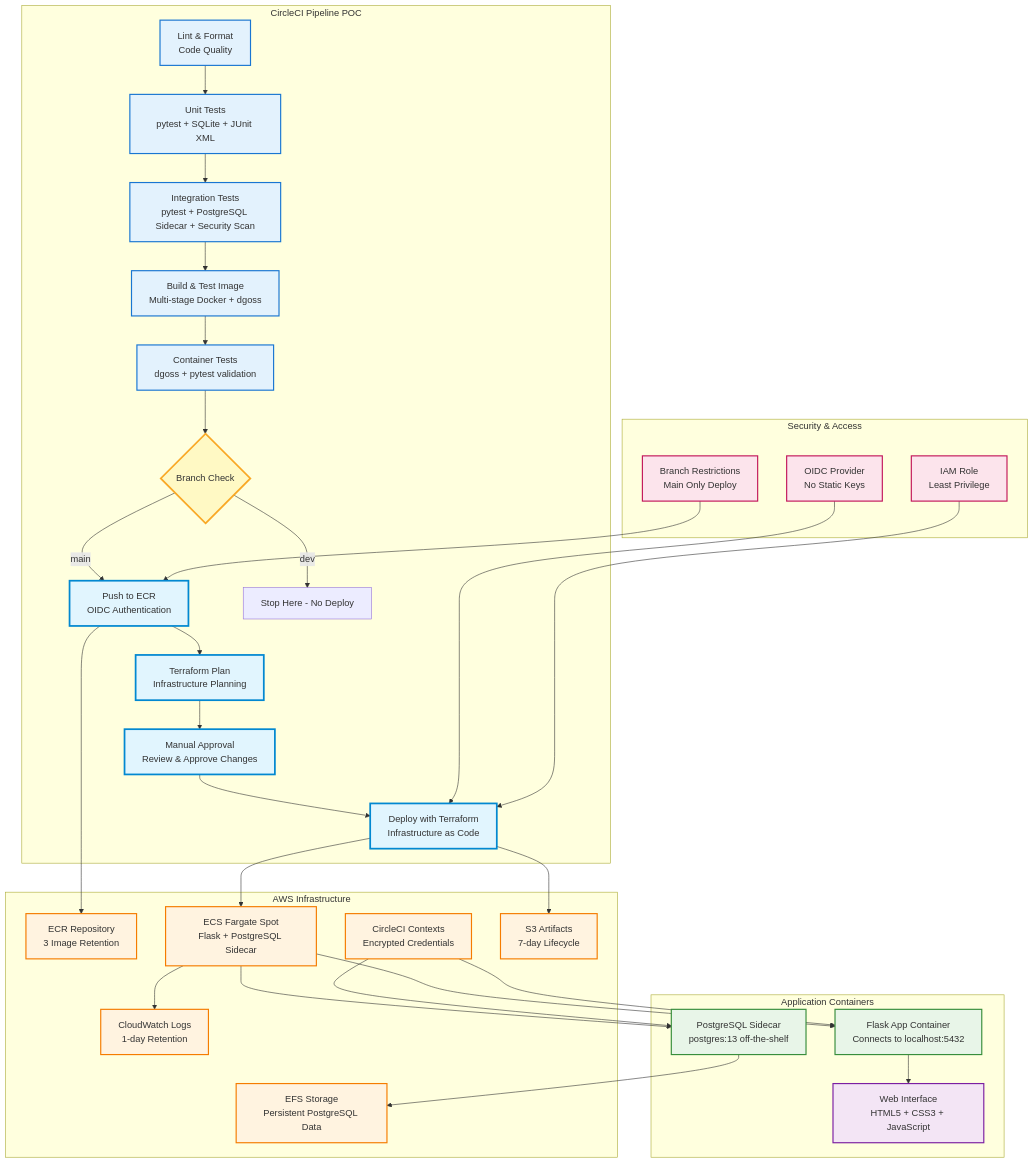
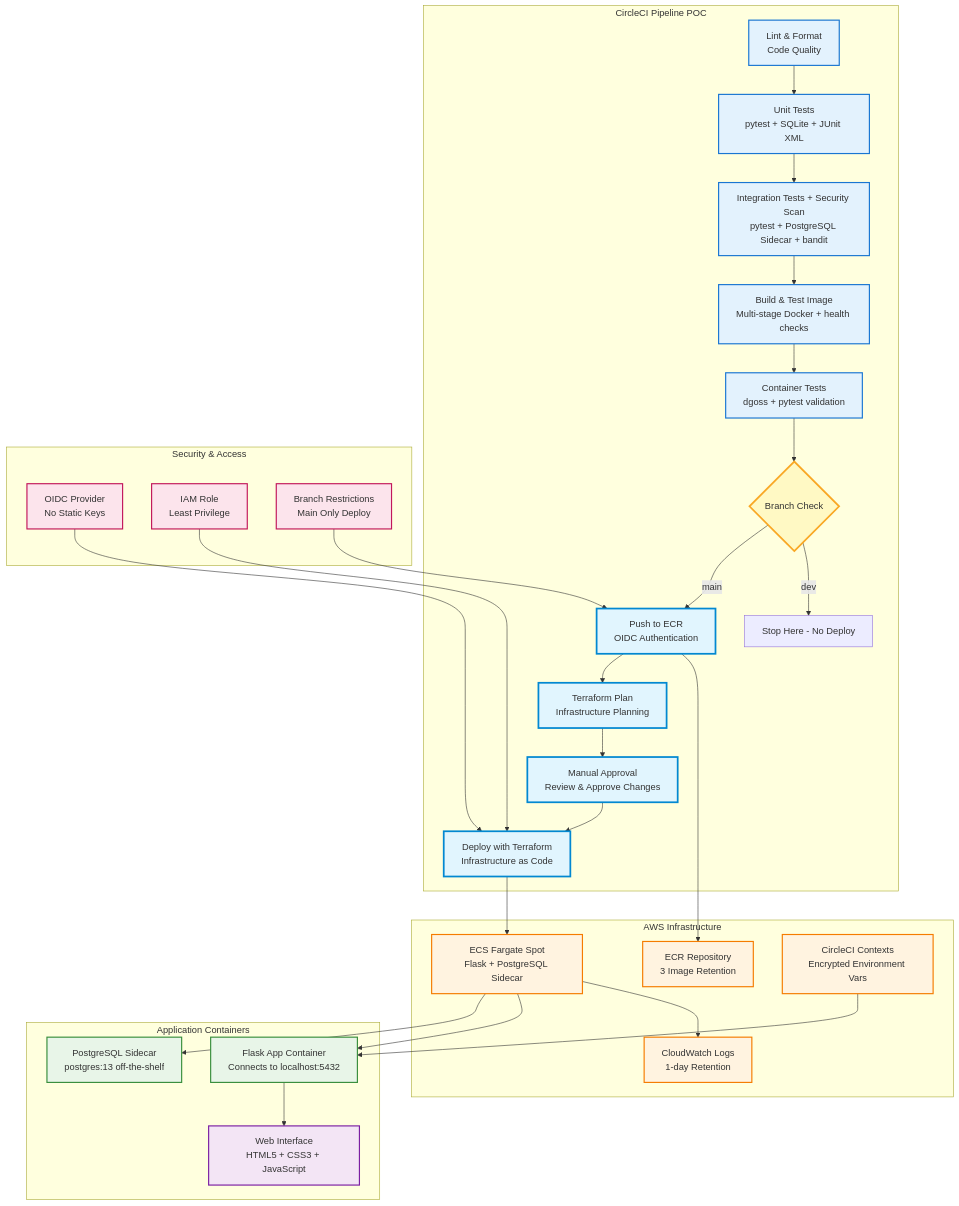
The diagram in architecture.mermaid (JoeStratton/circle-ci-webapp-poc), drawn with Mermaid before and after one commit.

Commit message:
updated mermaid diagram

```diff
--- a/architecture.mermaid
+++ b/architecture.mermaid
@@ -1,66 +1,61 @@
 graph TB    
     subgraph "CircleCI Pipeline POC"
         F[Lint & Format<br/>Code Quality] --> G[Unit Tests<br/>pytest + SQLite + JUnit XML]
-        G --> H[Integration Tests<br/>pytest + PostgreSQL Sidecar + Security Scan]
-        H --> I[Build & Test Image<br/>Multi-stage Docker + dgoss]
+        G --> H[Integration Tests + Security Scan<br/>pytest + PostgreSQL Sidecar + bandit]
+        H --> I[Build & Test Image<br/>Multi-stage Docker + health checks]
         I --> J[Container Tests<br/>dgoss + pytest validation]
         J --> K{Branch Check}
         K -->|main| N[Push to ECR<br/>OIDC Authentication]
         K -->|dev| M[Stop Here - No Deploy]
         N --> P[Terraform Plan<br/>Infrastructure Planning]
         P --> Q[Manual Approval<br/>Review & Approve Changes]
         Q --> R[Deploy with Terraform<br/>Infrastructure as Code]
     end
     
     subgraph "AWS Infrastructure"
         S[ECR Repository<br/>3 Image Retention]
         T[ECS Fargate Spot<br/>Flask + PostgreSQL Sidecar]
-        U[CircleCI Contexts<br/>Encrypted Credentials]
-        V[S3 Artifacts<br/>7-day Lifecycle]
+        U[CircleCI Contexts<br/>Encrypted Environment Vars]
         W[CloudWatch Logs<br/>1-day Retention]
-        X[EFS Storage<br/>Persistent PostgreSQL Data]
     end
     
     subgraph "Application Containers"
         AA[PostgreSQL Sidecar<br/>postgres:13 off-the-shelf]
         BB[Flask App Container<br/>Connects to localhost:5432]
         CC[Web Interface<br/>HTML5 + CSS3 + JavaScript]
     end
     
     subgraph "Security & Access"
         DD[OIDC Provider<br/>No Static Keys]
         EE[IAM Role<br/>Least Privilege]
         FF[Branch Restrictions<br/>Main Only Deploy]
     end
     
     %% Connections
     N --> S
     R --> T
     T --> AA
     T --> BB
     BB --> CC
-    AA --> X
-    U --> AA
     U --> BB
-    R --> V
     T --> W
     DD --> R
     EE --> R
     FF --> N
     
     %% Styling
     classDef pipeline fill:#e3f2fd,stroke:#1976d2,stroke-width:2px
     classDef aws fill:#fff3e0,stroke:#f57c00,stroke-width:2px
     classDef application fill:#e8f5e8,stroke:#388e3c,stroke-width:2px
     classDef security fill:#fce4ec,stroke:#c2185b,stroke-width:2px
     classDef decision fill:#fff9c4,stroke:#f9a825,stroke-width:3px
     classDef deploy fill:#e1f5fe,stroke:#0288d1,stroke-width:3px
     classDef web fill:#f3e5f5,stroke:#7b1fa2,stroke-width:2px
     
     class F,G,H,I,J pipeline
     class S,T,U,V,W,X aws
     class AA,BB application
     class CC web
     class DD,EE,FF security
     class K decision
     class N,P,Q,R deploy
```
